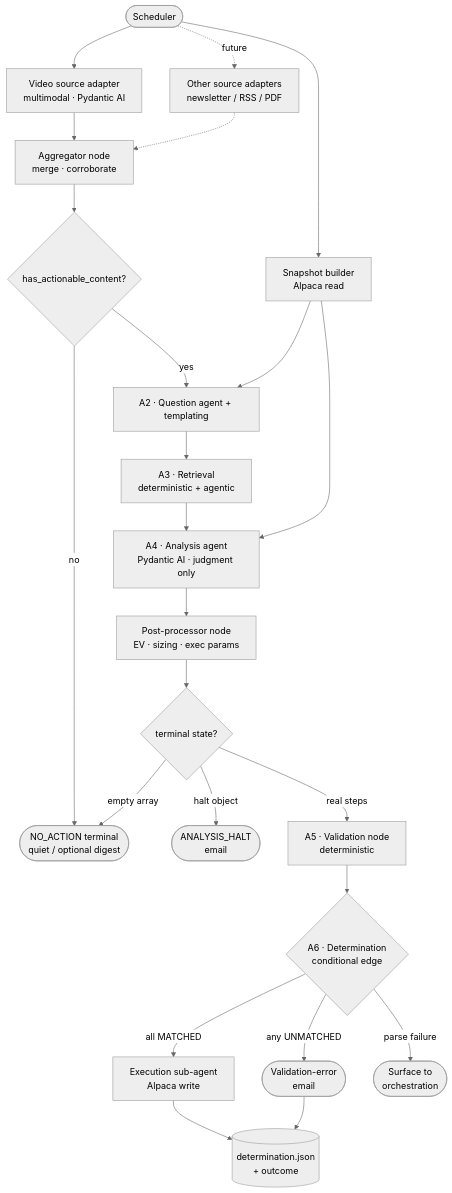
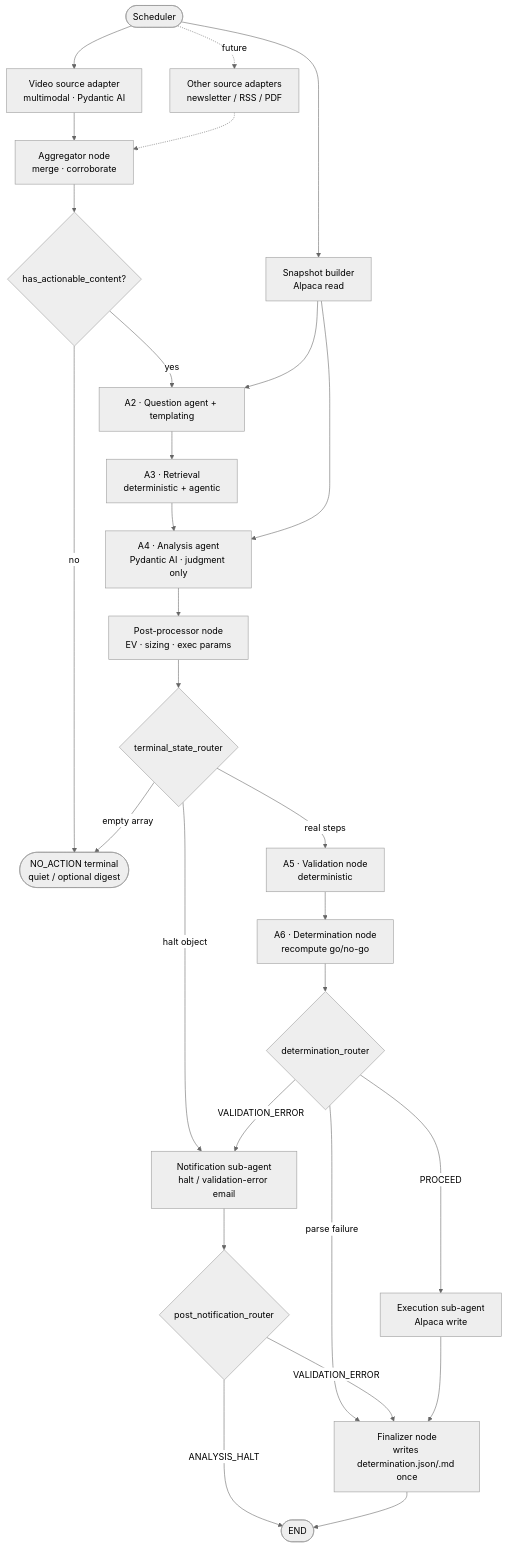
The diagram in docs/architecture.md (56kyle/money-pit), drawn with Mermaid (neutral theme) before and after one commit. The commit also changed other lines of this file and 4 other files, not shown here.

````diff
--- a/docs/architecture.md
+++ b/docs/architecture.md
@@ -96,26 +96,30 @@
 ```mermaid
 flowchart TD
     SCH([Scheduler]) --> VID[Video source adapter<br/>multimodal · Pydantic AI]
     SCH -.future.-> SRC[Other source adapters<br/>newsletter / RSS / PDF]
     SCH --> SNAP[Snapshot builder<br/>Alpaca read]
     VID --> AGG[Aggregator node<br/>merge · corroborate]
     SRC -.-> AGG
     AGG --> G1{has_actionable_content?}
     G1 -- no --> NA([NO_ACTION terminal<br/>quiet / optional digest])
     G1 -- yes --> A2[A2 · Question agent + templating]
     SNAP --> A2
     A2 --> A3[A3 · Retrieval<br/>deterministic + agentic]
     A3 --> A4[A4 · Analysis agent<br/>Pydantic AI · judgment only]
     SNAP --> A4
     A4 --> PP[Post-processor node<br/>EV · sizing · exec params]
-    PP --> T{terminal state?}
+    PP --> T{terminal_state_router}
     T -- empty array --> NA
-    T -- halt object --> AH([ANALYSIS_HALT<br/>email])
+    T -- halt object --> NOT[Notification sub-agent<br/>halt / validation-error email]
     T -- real steps --> A5[A5 · Validation node<br/>deterministic]
-    A5 --> A6{A6 · Determination<br/>conditional edge}
-    A6 -- all MATCHED --> EX[Execution sub-agent<br/>Alpaca write]
-    A6 -- any UNMATCHED --> EM([Validation-error<br/>email])
-    A6 -- parse failure --> ORC([Surface to<br/>orchestration])
-    EX --> DET[(determination.json<br/>+ outcome)]
-    EM --> DET
+    A5 --> A6[A6 · Determination node<br/>recompute go/no-go]
+    A6 --> DR{determination_router}
+    DR -- PROCEED --> EX[Execution sub-agent<br/>Alpaca write]
+    DR -- VALIDATION_ERROR --> NOT
+    DR -- parse failure --> FIN
+    NOT --> PNR{post_notification_router}
+    PNR -- ANALYSIS_HALT --> DONE([END])
+    PNR -- VALIDATION_ERROR --> FIN
+    EX --> FIN[Finalizer node<br/>writes determination.json/.md once]
+    FIN --> DONE
 ```
````
